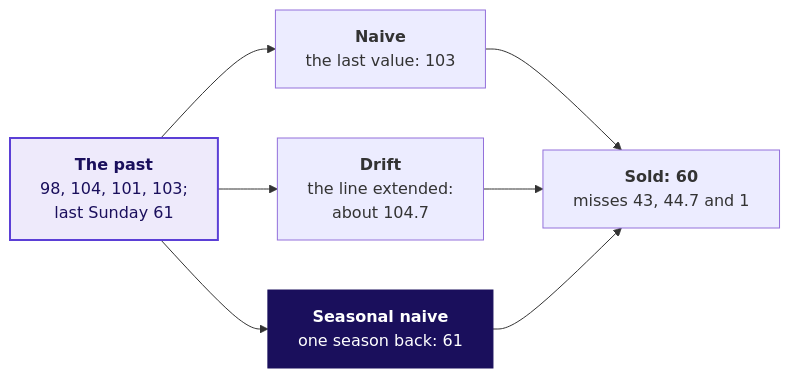
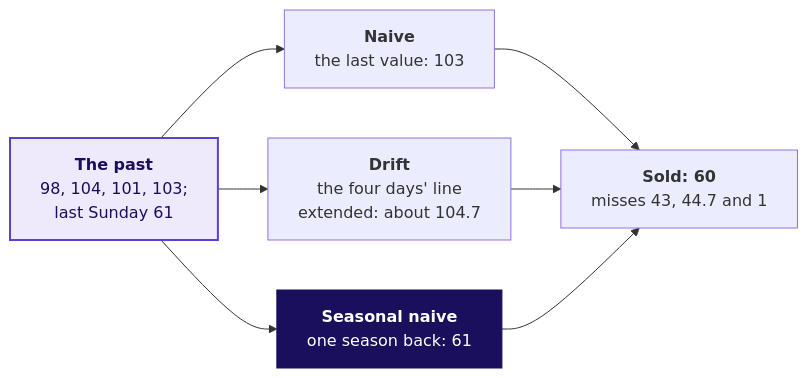
Before and after one commit to fde-academy-lab/c2-content-factory: the third of 7 diagrams in content/W04/D5/whiteboards/C2_W04_D05_board_work_STUDENT.md, drawn with Mermaid. The commit also changed other lines of this file and 5 other files, not shown here.

````diff
--- a/content/W04/D5/whiteboards/C2_W04_D05_board_work_STUDENT.md
+++ b/content/W04/D5/whiteboards/C2_W04_D05_board_work_STUDENT.md
@@ -63,13 +63,13 @@
 ```mermaid
 flowchart LR
     H["<b>The past</b><br/>98, 104, 101, 103;<br/>last Sunday 61"] --> N["<b>Naive</b><br/>the last value: 103"]
-    H --> D["<b>Drift</b><br/>the line extended:<br/>about 104.7"]
+    H --> D["<b>Drift</b><br/>the four days' line<br/>extended: about 104.7"]
     H --> S["<b>Seasonal naive</b><br/>one season back: 61"]
     N --> A["<b>Sold: 60</b><br/>misses 43, 44.7 and 1"]
     D --> A
     S --> A
     classDef lit fill:#1A0F5C,stroke:#1A0F5C,color:#FFFFFF
     classDef known fill:#EEEAFB,stroke:#5B3FD6,color:#1A0F5C,stroke-width:2px
     class H known
     class S lit
 ```
````
